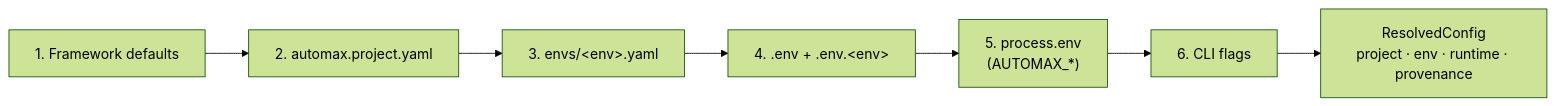
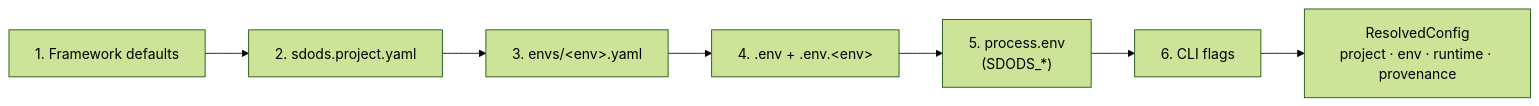
The diagram in apps/docs/content/docs/guides/configuration.mdx (YarlisAISolutions/SDODS), drawn with Mermaid (forest theme) before and after one commit. The commit also changed other lines of this file and 466 other files, not shown here.

First line of the commit message:
Rebrand to SDODS: packages, CLI, config, brand marks

````diff
--- a/apps/docs/content/docs/guides/configuration.mdx
+++ b/apps/docs/content/docs/guides/configuration.mdx
@@ -12,5 +12,5 @@
 ```mermaid
 flowchart LR
-  D["1. Framework defaults"] --> P["2. automax.project.yaml"] --> E["3. envs/&lt;env&gt;.yaml"] --> F["4. .env + .env.&lt;env&gt;"] --> X["5. process.env<br/>(AUTOMAX_*)"] --> C["6. CLI flags"]
+  D["1. Framework defaults"] --> P["2. sdods.project.yaml"] --> E["3. envs/&lt;env&gt;.yaml"] --> F["4. .env + .env.&lt;env&gt;"] --> X["5. process.env<br/>(SDODS_*)"] --> C["6. CLI flags"]
   C --> R["ResolvedConfig<br/>project · env · runtime · provenance"]
 ```
````
